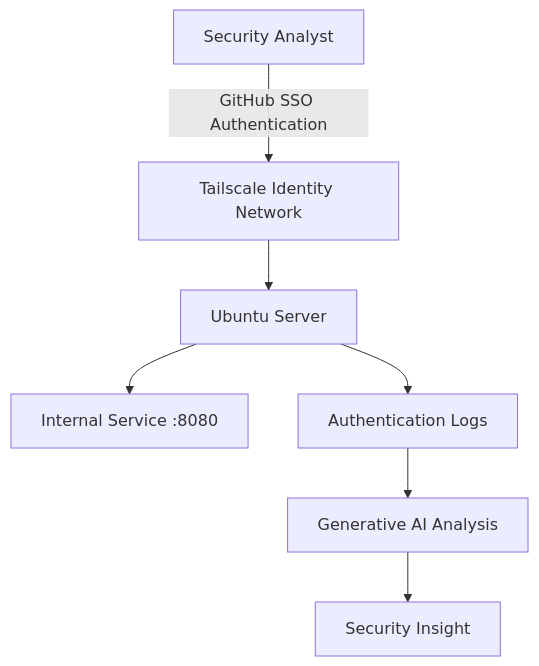
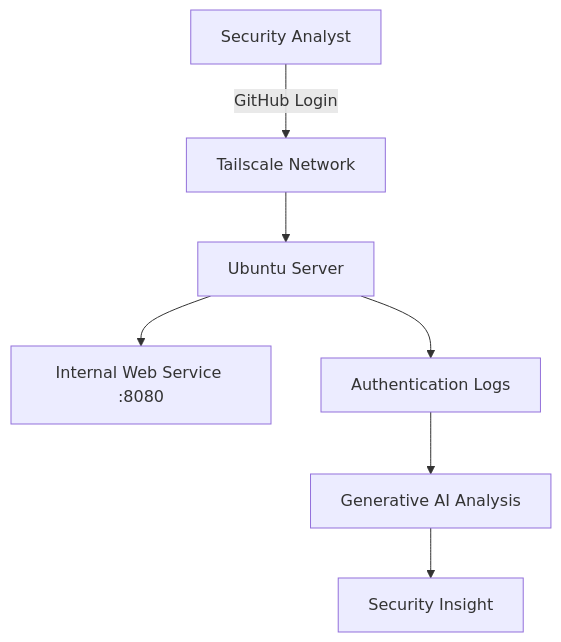
Before and after one commit to prithvin04/zero-trust-identity-lab: the diagram in docs/index.md, drawn with Mermaid. The commit also changed other lines of this file, not shown here.

````diff
--- a/docs/index.md
+++ b/docs/index.md
@@ -29,17 +48,17 @@
 ```mermaid
 graph TD
 
 User[Security Analyst]
 
-User -->|GitHub SSO Authentication| Tailscale[Tailscale Identity Network]
+User -->|GitHub Login| Tailscale[Tailscale Network]
 
 Tailscale --> Server[Ubuntu Server]
 
-Server --> Service[Internal Service :8080]
+Server --> Service[Internal Web Service :8080]
 
 Server --> Logs[Authentication Logs]
 
 Logs --> GenAI[Generative AI Analysis]
 
 GenAI --> Analyst[Security Insight]
 ```
````
